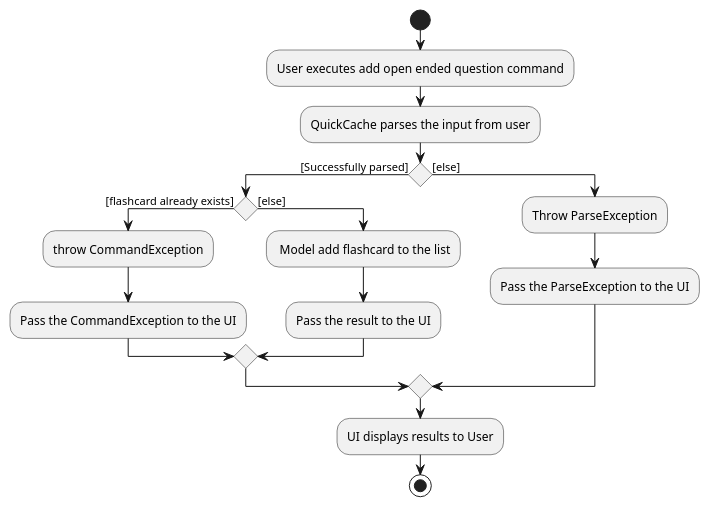
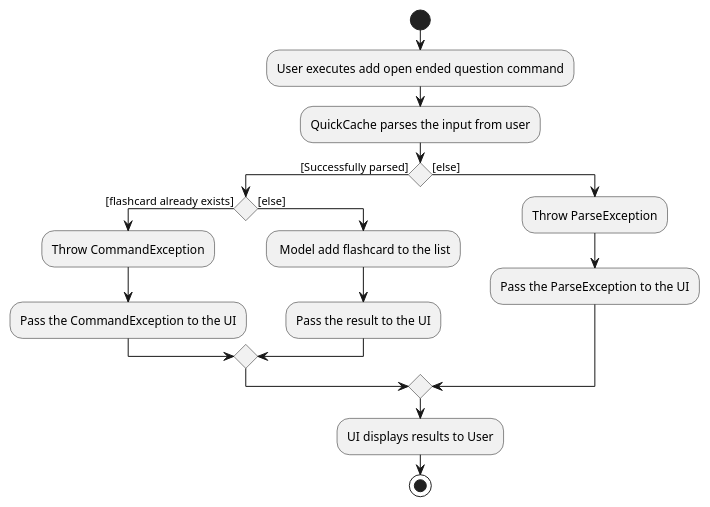
One commit to nus-cs2103-AY2021S1/tp changed the diagram in docs/diagrams/AddOpenEndedActivityDiagram.puml. Above: the diagram before and after it, drawn with PlantUML.

```diff
--- a/docs/diagrams/AddOpenEndedActivityDiagram.puml
+++ b/docs/diagrams/AddOpenEndedActivityDiagram.puml
@@ -1,23 +1,23 @@
 @startuml
 start
 :User executes add open ended question command;
 :QuickCache parses the input from user;
 
 'Since the beta syntax does not support placing the condition outside the
 'diamond we place it as the true branch instead.
 if() then ([Successfully parsed])
     if () then ([flashcard already exists])
-        :throw CommandException;
+        :Throw CommandException;
         :Pass the CommandException to the UI;
     else ([else])
         : Model add flashcard to the list;
         :Pass the result to the UI;
     endif
 else ([else])
     :Throw ParseException;
     :Pass the ParseException to the UI;
 endif
 
 :UI displays results to User;
 stop
 @enduml
```
